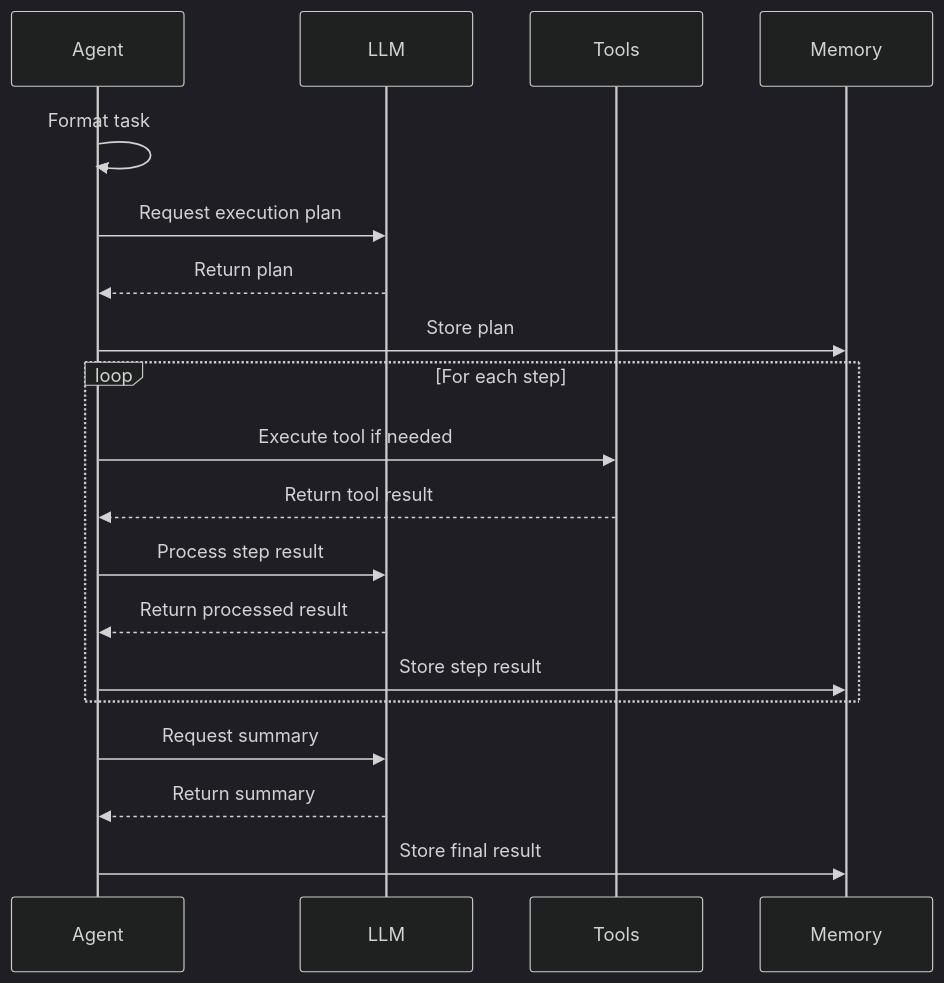
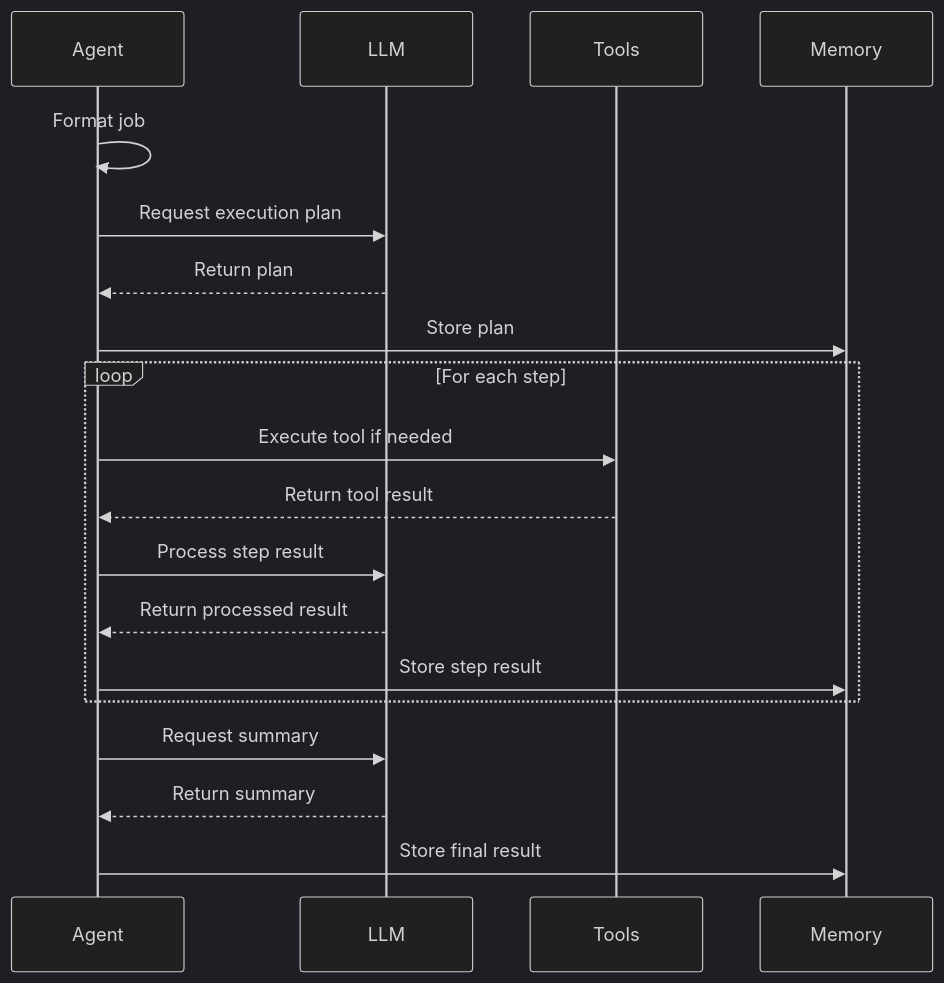
The diagram in docs/core/base-agent.mdx (pilottai/pilottai), drawn with Mermaid (dark theme) before and after one commit. The commit also changed other lines of this file and 69 other files, not shown here.

````diff
--- a/docs/core/base-agent.mdx
+++ b/docs/core/base-agent.mdx
@@ -127,24 +127,24 @@
 ```mermaid
 sequenceDiagram
     participant A as Agent
     participant L as LLM
     participant T as Tools
     participant M as Memory
 
-    A->>A: Format task
+    A->>A: Format job
     A->>L: Request execution plan
     L-->>A: Return plan
     A->>M: Store plan
 
     loop For each step
         A->>T: Execute tool if needed
         T-->>A: Return tool result
         A->>L: Process step result
         L-->>A: Return processed result
         A->>M: Store step result
     end
 
     A->>L: Request summary
     L-->>A: Return summary
     A->>M: Store final result
 ```
````
